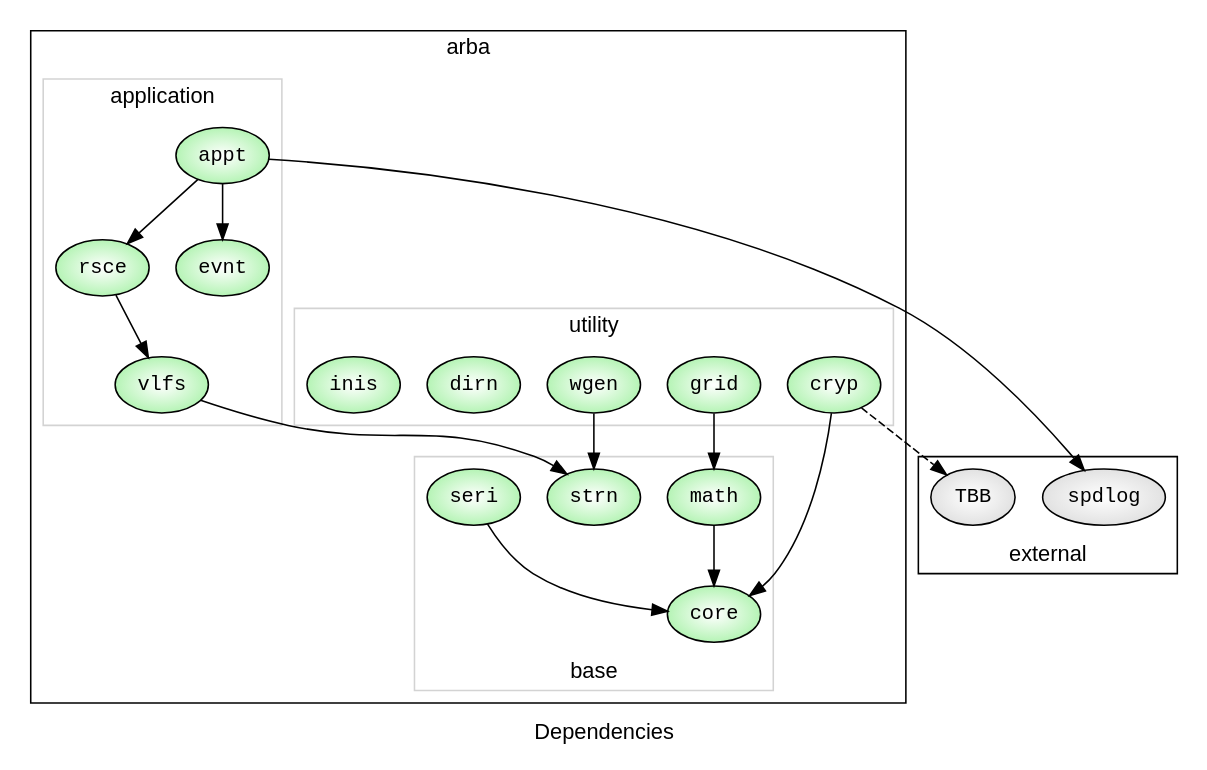
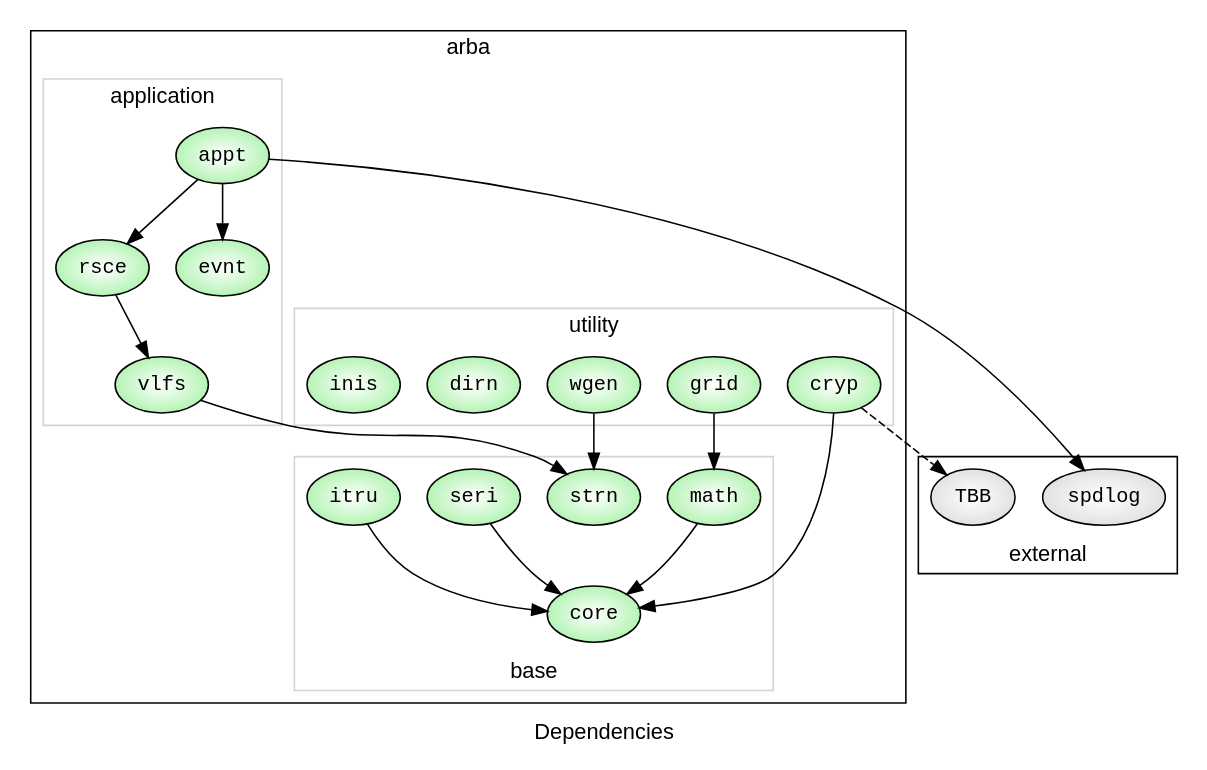
One commit to arapelle/arba-arba changed the diagram in .doc_rsc/graph.gv. Above: the diagram before and after it, drawn with Graphviz. The commit also changed 1 other file, not shown here.

Commit message:
v0.27.0:#24: Update subprojects deps graph.

```diff
--- a/.doc_rsc/graph.gv
+++ b/.doc_rsc/graph.gv
@@ -1,68 +1,67 @@
 # To generate svg: dot -Tsvg graph.gv > graph.svg
 
 digraph G
 {
 #  rankdir = LR;
   graph [fontname = "helvetica"];
   node [fontname = "monospace";fontsize=13];
   edge [fontname = "helvetica"];
   label = Dependencies;
   node [style=radial, fillcolor="white:lightgreen"]
 
   subgraph cluster_arba
   {
     label = arba;
     fontcolor=black
 
     subgraph cluster_base
     {
       color = lightgrey;
       label = base;
       labelloc="b";
-      core;strn;math;seri;
+      core;strn;math;seri;itru;
     }
 
     subgraph cluster_other
     {
       color = lightgrey;
       label = utility;
       color = lightgrey;
       grid;cryp;wgen;dirn;inis;
     }
 
     subgraph cluster_tools
     {
       color = lightgrey;
       label = application;
       rsce;evnt;vlfs;appt;
     }
   }
 
   subgraph cluster_external
   {
     fontcolor=black
     label = external;
     labelloc="b";
     node [style=radial, fillcolor="white:lightgrey"];
     spdlog;TBB;
   }
 
   appt -> evnt
   appt -> rsce
   appt -> spdlog
 
   rsce -> vlfs
 
   vlfs -> strn
   wgen -> strn
 
   grid -> math
-#  grid -> dirn
 
   math -> core
-
   seri -> core
+  itru -> core
 
   cryp -> core
   cryp -> TBB [style=dashed;]
 }
```
